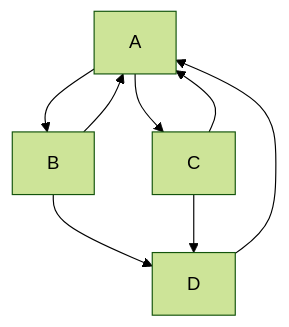
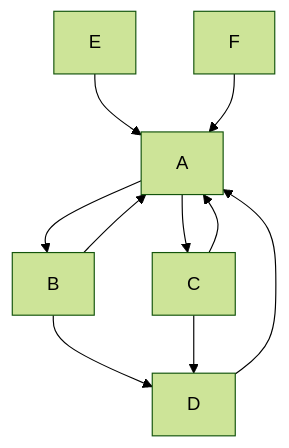
The diagram in docs/TODOLIST.md (Thesacraft/Time), drawn with Mermaid (forest theme) before and after one commit.

````diff
--- a/docs/TODOLIST.md
+++ b/docs/TODOLIST.md
@@ -17,10 +17,12 @@
 ```mermaid
 graph TD;
     A-->B;
     A-->C;
     B-->D;
     C-->D;
     C-->A;
     B-->A;
     D-->A;
+    E-->A;
+    F-->A;
 ```
````
